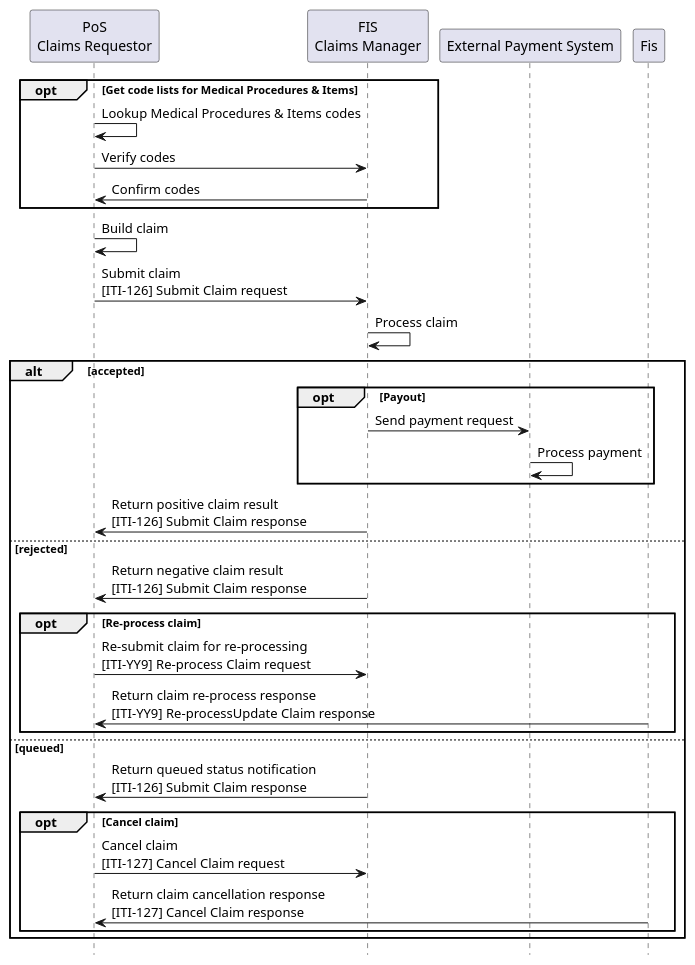
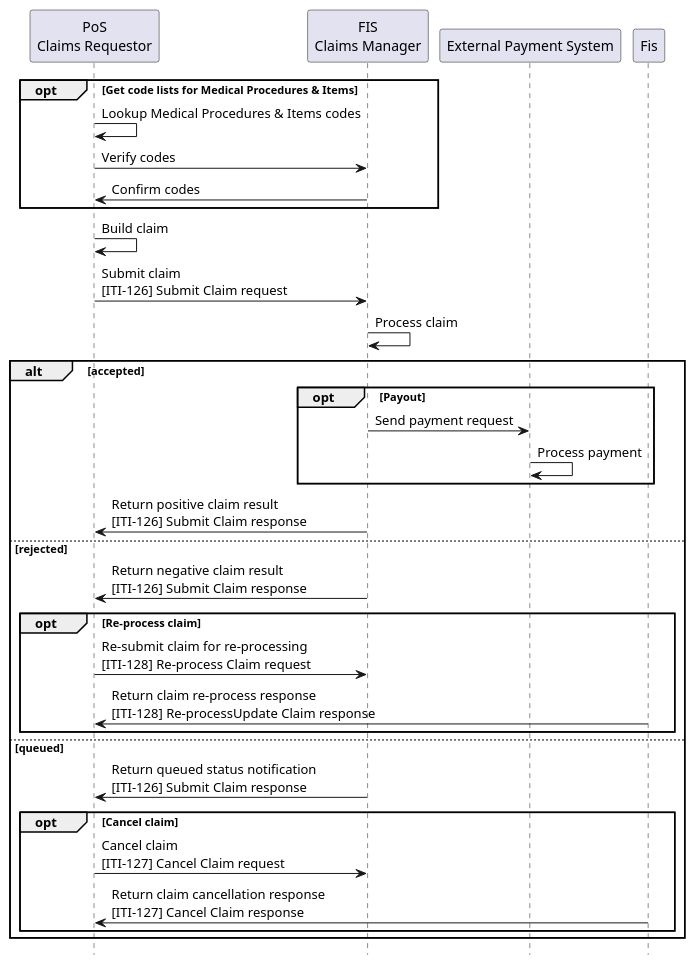
One commit to IHE/ITI.Finance changed the diagram in input/images-source/usecase3-processflow.plantuml. Above: the diagram before and after it, drawn with PlantUML. The commit also changed 14 other files, not shown here.

```diff
--- a/input/images-source/usecase3-processflow.plantuml
+++ b/input/images-source/usecase3-processflow.plantuml
@@ -1,40 +1,40 @@
 @startuml
 skinparam svgDimensionStyle false
 hide footbox
 
 participant "PoS\nClaims Requestor" as App
 participant "FIS\nClaims Manager" as FIS
 participant "External Payment System" as EXT
 
 
 opt Get code lists for Medical Procedures & Items
 	App -> App: Lookup Medical Procedures & Items codes
 	App -> FIS: Verify codes
 	FIS -> App: Confirm codes
 end opt
  
 App -> App: Build claim
 App -> FIS: Submit claim\n&#91;ITI-126&#93; Submit Claim request
 FIS -> FIS: Process claim
 
 alt accepted
 	opt Payout
 		FIS->EXT: Send payment request
    	EXT->EXT: Process payment
 	end opt
 	FIS -> App: Return positive claim result\n&#91;ITI-126&#93; Submit Claim response
 else rejected
 	FIS -> App: Return negative claim result\n&#91;ITI-126&#93; Submit Claim response
 	opt Re-process claim
-		App -> FIS: Re-submit claim for re-processing\n&#91;ITI-YY9&#93; Re-process Claim request
-		Fis -> App: Return claim re-process response\n&#91;ITI-YY9&#93; Re-processUpdate Claim response
+		App -> FIS: Re-submit claim for re-processing\n&#91;ITI-128&#93; Re-process Claim request
+		Fis -> App: Return claim re-process response\n&#91;ITI-128&#93; Re-processUpdate Claim response
 	end opt
 else queued
 	FIS -> App: Return queued status notification\n&#91;ITI-126&#93; Submit Claim response
 	opt Cancel claim
 		App -> FIS: Cancel claim\n&#91;ITI-127&#93; Cancel Claim request
 		Fis -> App: Return claim cancellation response\n&#91;ITI-127&#93; Cancel Claim response
 	end opt
 end
 
 @enduml
```
